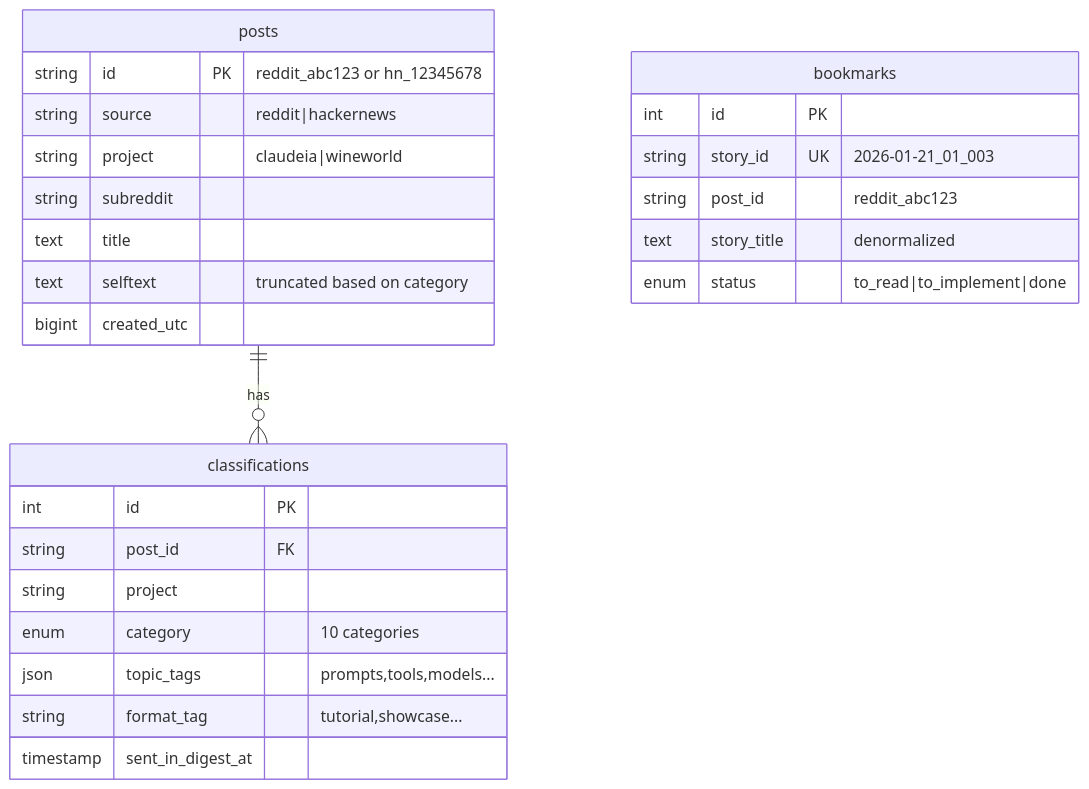
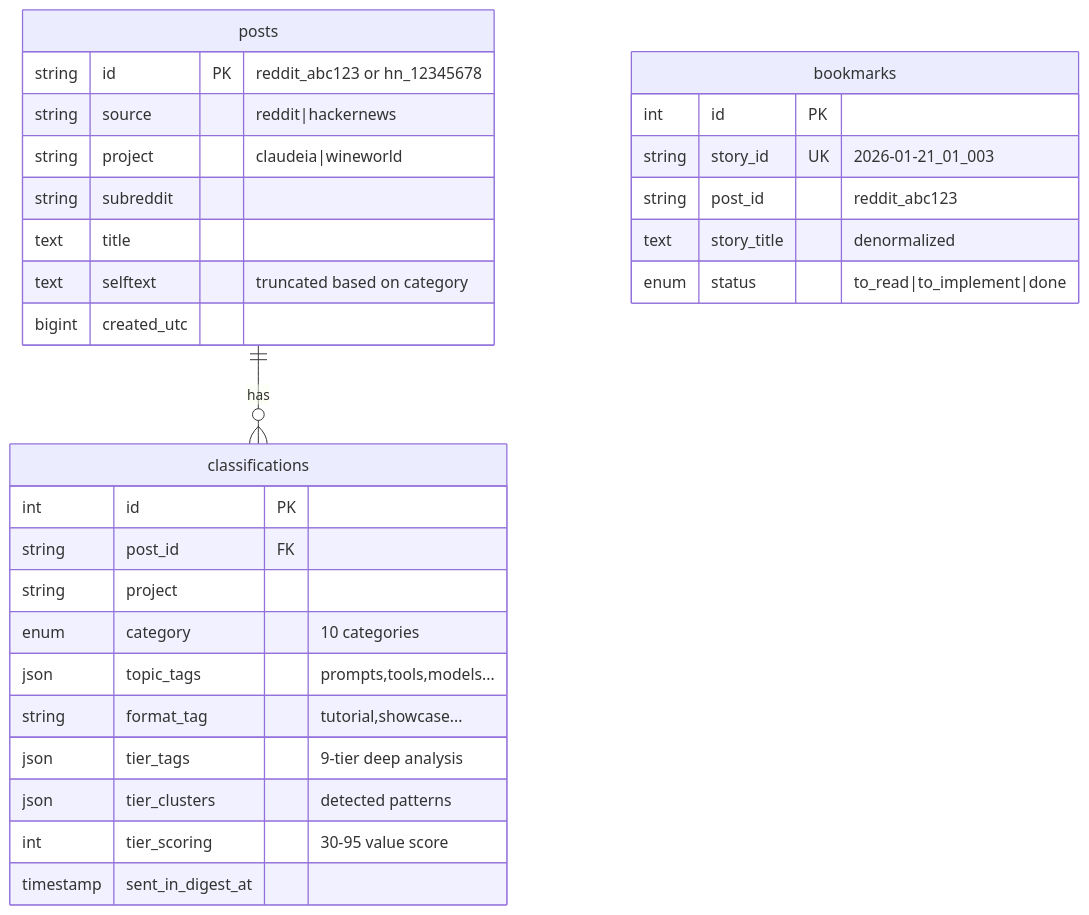
One commit to Zell0ss/claude-redditor changed the diagram in BRIEFING.md. Above: the diagram before and after it, drawn with Mermaid. The commit also changed other lines of this file and 1 other file, not shown here.

First line of the commit message:
docs: Update documentation for multi-tier tagging system

````diff
--- a/BRIEFING.md
+++ b/BRIEFING.md
@@ -153,29 +193,32 @@
 ```mermaid
 erDiagram
     posts ||--o{ classifications : has
     posts {
         string id PK "reddit_abc123 or hn_12345678"
         string source "reddit|hackernews"
         string project "claudeia|wineworld"
         string subreddit
         text title
         text selftext "truncated based on category"
         bigint created_utc
     }
     classifications {
         int id PK
         string post_id FK
         string project
         enum category "10 categories"
         json topic_tags "prompts,tools,models..."
         string format_tag "tutorial,showcase..."
+        json tier_tags "9-tier deep analysis"
+        json tier_clusters "detected patterns"
+        int tier_scoring "30-95 value score"
         timestamp sent_in_digest_at
     }
     bookmarks {
         int id PK
         string story_id UK "2026-01-21_01_003"
         string post_id "reddit_abc123"
         text story_title "denormalized"
         enum status "to_read|to_implement|done"
     }
 ```
````
